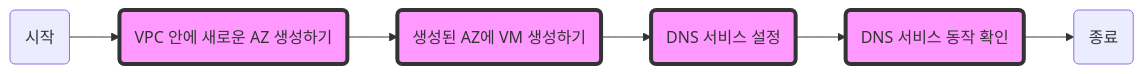
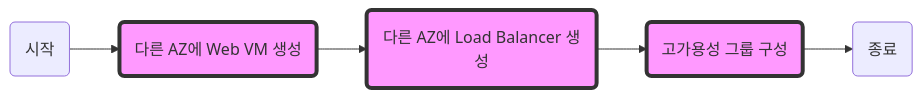
Before and after one commit to kakaocloud-edu/tutorial: the diagram in EssentialBasicCourse/PracticalTextbook/Lab07.md, drawn with Mermaid. The commit also changed other lines of this file, not shown here.

````diff
--- a/EssentialBasicCourse/PracticalTextbook/Lab07.md
+++ b/EssentialBasicCourse/PracticalTextbook/Lab07.md
@@ -5,14 +5,13 @@
 ```mermaid
 graph LR
-    시작(시작) --> AZ생성(VPC 안에 새로운 AZ 생성하기)
-    AZ생성 --> VM생성(생성된 AZ에 VM 생성하기)
-    VM생성 --> DNS설정(DNS 서비스 설정)
-    DNS설정 --> DNS동작확인(DNS 서비스 동작 확인)
-    DNS동작확인 --> 종료(종료)
+    시작(시작) --> VM생성(다른 AZ에 Web VM 생성)
+    VM생성 --> LB생성(다른 AZ에 Load Balancer 생성)
+    LB생성 --> HA그룹구성(고가용성 그룹 구성)
+    HA그룹구성 --> 종료(종료)
 
     %% 강조
-    class AZ생성,VM생성,DNS설정,DNS동작확인 emphasized;
-    
+    class VM생성,LB생성,HA그룹구성 emphasized;
+
     %% 클래스 스타일
     classDef emphasized fill:#f9f,stroke:#333,stroke-width:4px;
 ```
````
